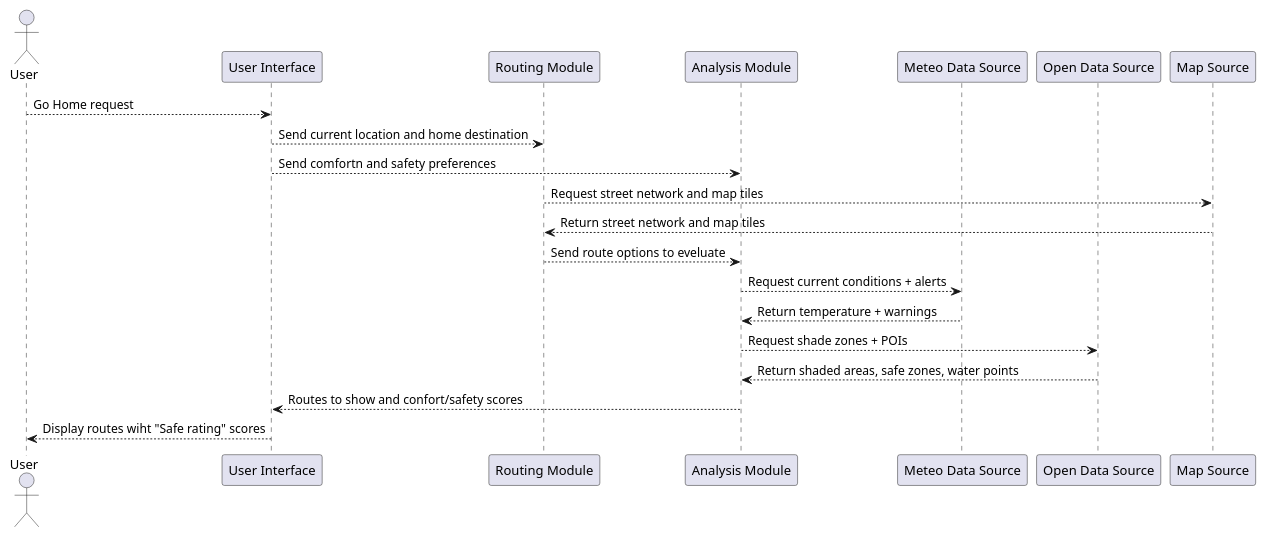
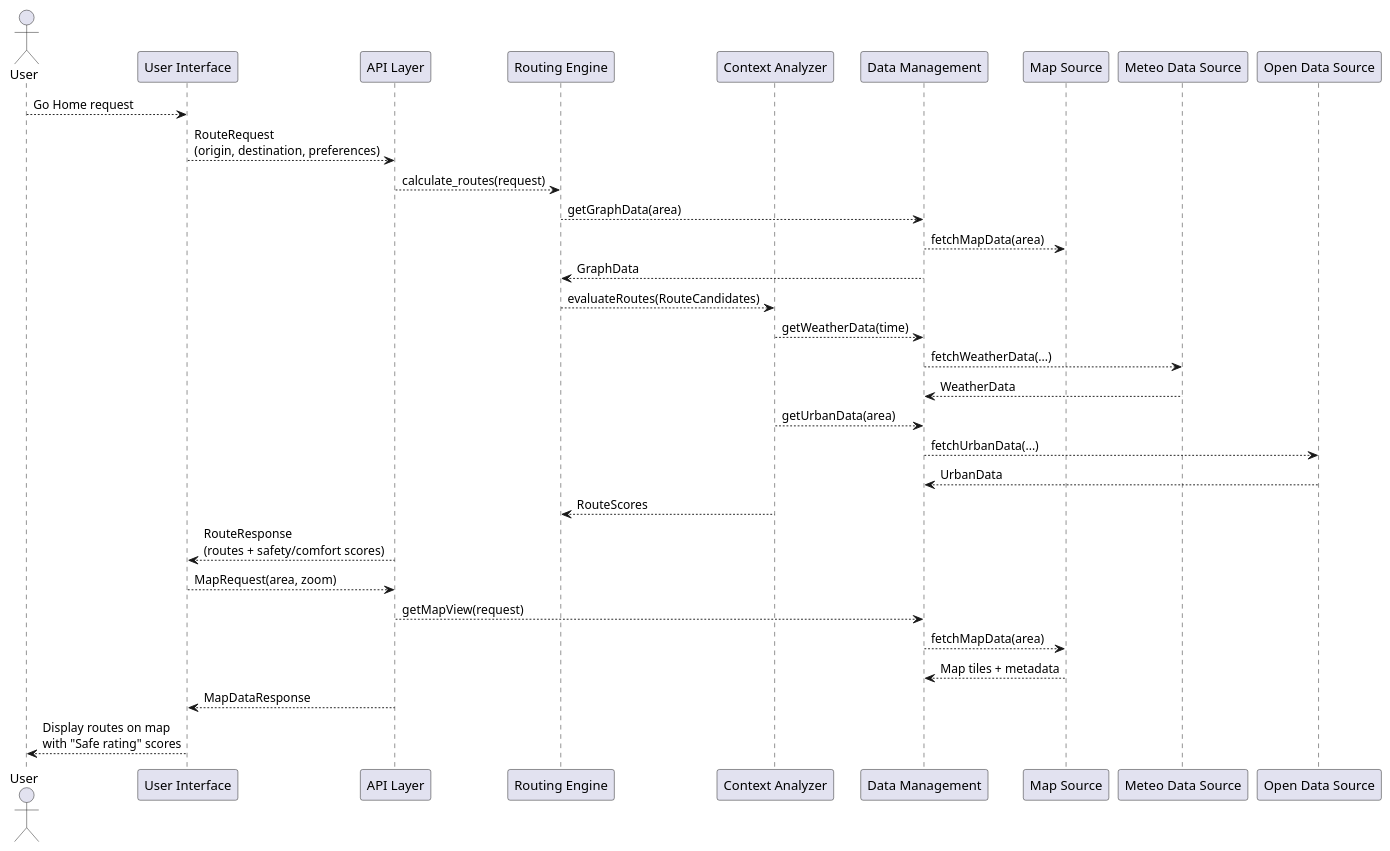
The diagram in docs/uml/usecase/UC1_OperationalScemario.puml (RodrigoIglesia/SafeNav), drawn with PlantUML before and after one commit. The commit also changed other lines of this file and 17 other files, not shown here.

```diff
--- a/docs/uml/usecase/UC1_OperationalScemario.puml
+++ b/docs/uml/usecase/UC1_OperationalScemario.puml
@@ -4,30 +5,43 @@
 @startuml
     actor       "User" as User
     participant "User Interface" as UI
-    participant "Routing Module" as Router
-    participant "Analysis Module" as Analyzer
+    participant "API Layer" as API
+    participant "Routing Engine" as RE
+    participant "Context Analyzer" as CA
+    participant "Data Management" as DM
+    participant "Map Source" as MapAPI
     participant "Meteo Data Source" as Meteo
     participant "Open Data Source" as OpenData
-    participant "Map Source" as MapAPI
 
     User --> UI : Go Home request
-    UI --> Router : Send current location and home destination
-    UI --> Analyzer : Send comfortn and safety preferences
 
-    Router --> MapAPI : Request street network and map tiles
-    Router <-- MapAPI : Return street network and map tiles
+    UI --> API : RouteRequest\n(origin, destination, preferences)
 
-    
+    API --> RE : calculate_routes(request)
 
-    Router --> Analyzer : Send route options to eveluate
+    RE --> DM : getGraphData(area)
+    DM --> MapAPI : fetchMapData(area)
+    DM --> RE : GraphData
 
-    Analyzer --> Meteo : Request current conditions + alerts
-    Meteo --> Analyzer : Return temperature + warnings
+    RE --> CA : evaluateRoutes(RouteCandidates)
 
-    Analyzer --> OpenData : Request shade zones + POIs
-    OpenData --> Analyzer : Return shaded areas, safe zones, water points
+    CA --> DM : getWeatherData(time)
+    DM --> Meteo : fetchWeatherData(...)
+    Meteo --> DM : WeatherData
 
-    Analyzer --> UI: Routes to show and confort/safety scores
+    CA --> DM : getUrbanData(area)
+    DM --> OpenData : fetchUrbanData(...)
+    OpenData --> DM : UrbanData
 
-    UI --> User : Display routes wiht "Safe rating" scores
+    CA --> RE : RouteScores
+
+    API --> UI : RouteResponse\n(routes + safety/comfort scores)
+
+    UI --> API : MapRequest(area, zoom)
+    API --> DM : getMapView(request)
+    DM --> MapAPI : fetchMapData(area)
+    MapAPI --> DM : Map tiles + metadata
+    API --> UI : MapDataResponse
+
+    UI --> User : Display routes on map\nwith "Safe rating" scores
 @enduml
```
